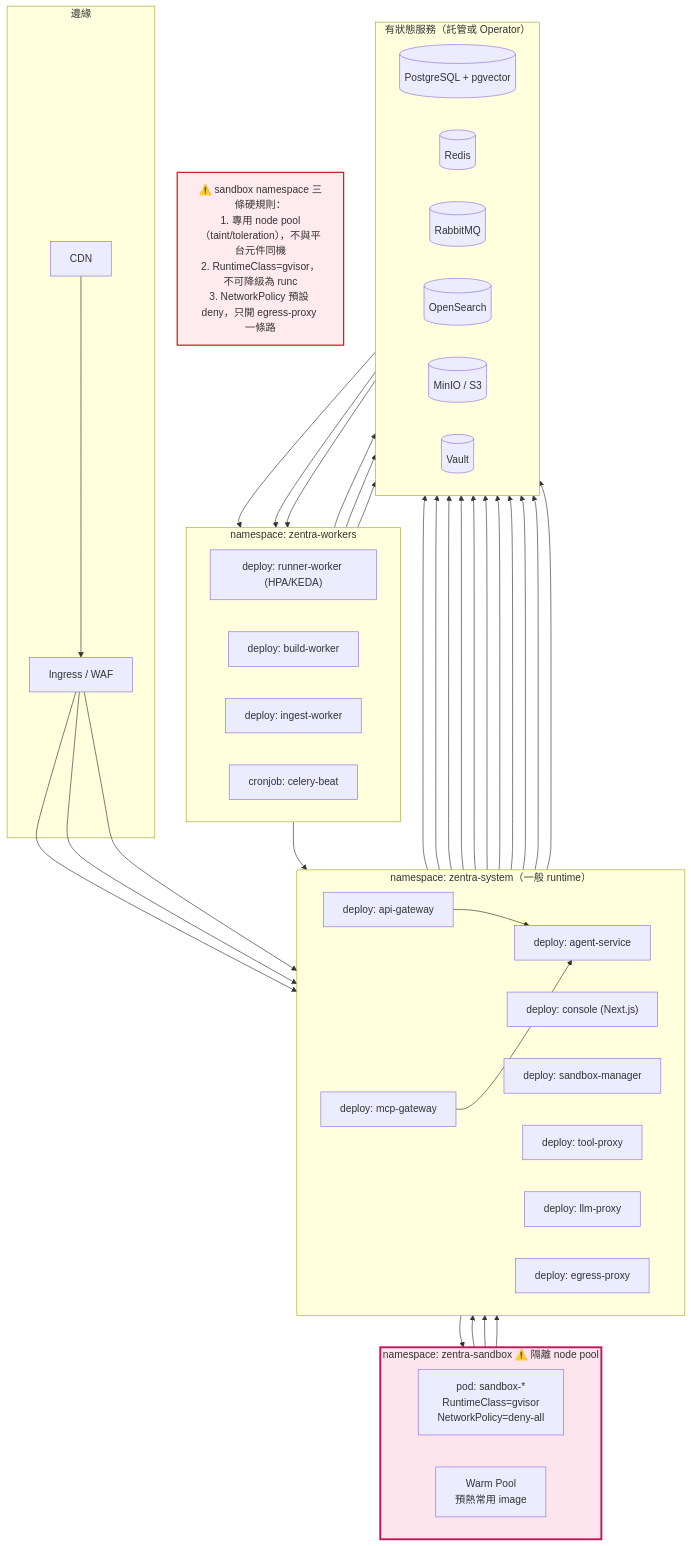
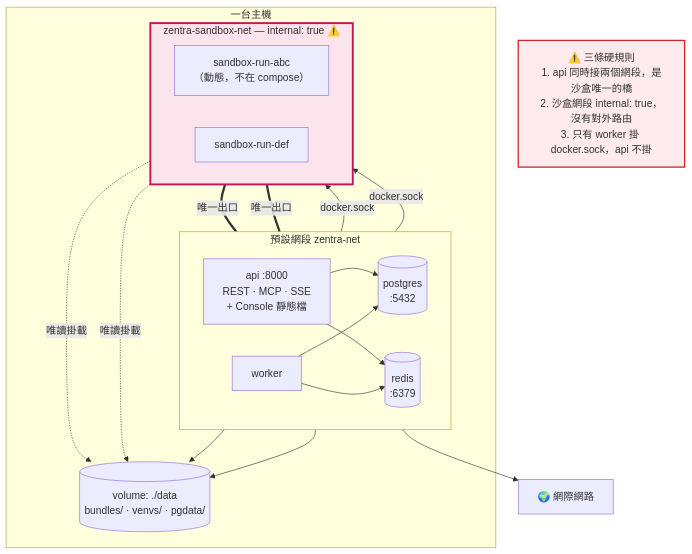
Before and after one commit to william9998/Zentra: diagram 11 of 11 in docs/architecture/detailed-architecture.md, drawn with Mermaid. The commit also changed other lines of this file and 50 other files, not shown here.

````diff
--- a/docs/architecture/detailed-architecture.md
+++ b/docs/architecture/detailed-architecture.md
@@ -723,57 +537,35 @@
 ```mermaid
 graph TB
-    subgraph EDGE["邊緣"]
-        CDN["CDN"] --> ING["Ingress / WAF"]
+    subgraph HOST["一台主機"]
+        subgraph NET_DEF["預設網段 zentra-net"]
+            direction LR
+            C2["api :8000<br/>REST · MCP · SSE<br/>+ Console 靜態檔"]
+            C3["worker"]
+            C4[("postgres<br/>:5432")]
+            C5[("redis<br/>:6379")]
+        end
+
+        subgraph NET_SBX["zentra-sandbox-net — internal: true ⚠️"]
+            direction LR
+            S1["sandbox-run-abc<br/>（動態，不在 compose）"]
+            S2["sandbox-run-def"]
+        end
+
+        VOL[("volume: ./data<br/>bundles/ · venvs/ · pgdata/")]
     end
 
-    subgraph NS_SYS["namespace: zentra-system（一般 runtime）"]
-        direction LR
-        D1["deploy: api-gateway"]
-        D2["deploy: mcp-gateway"]
-        D3["deploy: agent-service"]
-        D4["deploy: console (Next.js)"]
-        D5["deploy: sandbox-manager"]
-        D6["deploy: tool-proxy"]
-        D7["deploy: llm-proxy"]
-        D8["deploy: egress-proxy"]
-    end
+    OUT["🌍 網際網路"]
 
-    subgraph NS_WK["namespace: zentra-workers"]
-        direction LR
-        WK1["deploy: runner-worker (HPA/KEDA)"]
-        WK2["deploy: build-worker"]
-        WK3["deploy: ingest-worker"]
-        WK4["cronjob: celery-beat"]
-    end
+    C2 --> C4 & C5
+    C3 --> C4 & C5
+    C3 -->|"docker.sock"| S1 & S2
+    S1 & S2 ===|"唯一出口"| C2
+    C2 --> OUT
+    C2 & C3 --> VOL
+    S1 & S2 -.唯讀掛載.-> VOL
 
-    subgraph NS_SBX["namespace: zentra-sandbox ⚠️ 隔離 node pool"]
-        direction LR
-        SB1["pod: sandbox-*<br/>RuntimeClass=gvisor<br/>NetworkPolicy=deny-all"]
-        SB2["Warm Pool<br/>預熱常用 image"]
-    end
+    NOTE["⚠️ 三條硬規則<br/>1. api 同時接兩個網段，是沙盒唯一的橋<br/>2. 沙盒網段 internal: true，沒有對外路由<br/>3. 只有 worker 掛 docker.sock，api 不掛"]
 
-    subgraph STATE["有狀態服務（託管或 Operator）"]
-        direction LR
-        ST1[("PostgreSQL + pgvector")]
-        ST2[("Redis")]
-        ST3[("RabbitMQ")]
-        ST4[("OpenSearch")]
-        ST5[("MinIO / S3")]
-        ST6[("Vault")]
-    end
-
-    ING --> D1 & D2 & D4
-    D1 & D2 --> D3
-    D3 --> ST3
-    ST3 --> WK1 & WK2 & WK3
-    WK1 --> D5 --> SB1
-    SB1 --> D6 & D7 & D8
-    D3 & D5 & D6 & D7 --> ST1 & ST2
-    WK3 --> ST1 & ST4 & ST5
-    D6 & D7 --> ST6
-
-    NOTE["⚠️ sandbox namespace 三條硬規則：<br/>1. 專用 node pool（taint/toleration），不與平台元件同機<br/>2. RuntimeClass=gvisor，不可降級為 runc<br/>3. NetworkPolicy 預設 deny，只開 egress-proxy 一條路"]
-
-    style NS_SBX fill:#fce4ec,stroke:#c2185b,stroke-width:3px
+    style NET_SBX fill:#fce4ec,stroke:#c2185b,stroke-width:3px
     style NOTE fill:#ffebee,stroke:#c62828,stroke-width:2px
 ```
````
